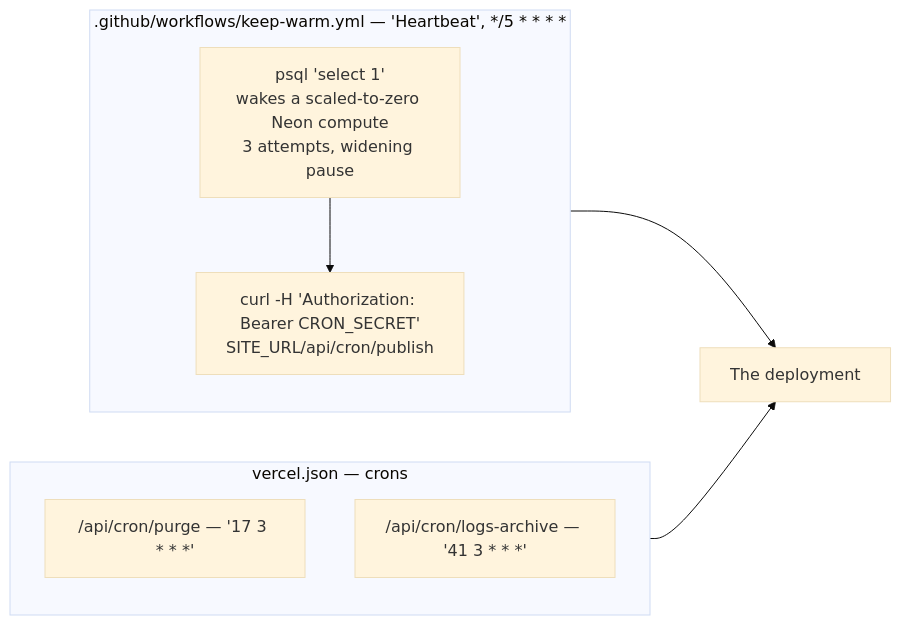
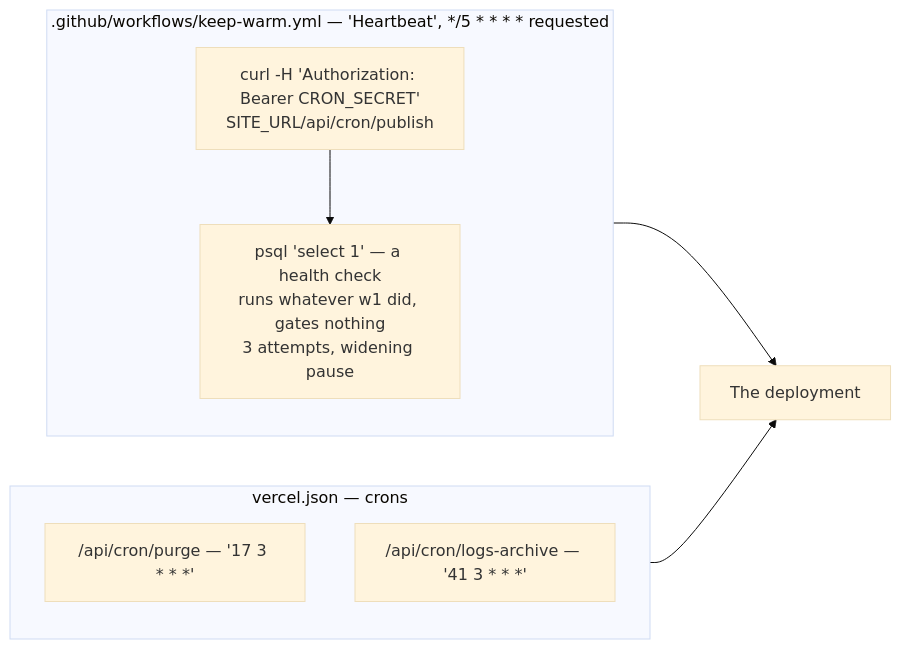
Before and after one commit to cxacraftecosystem-ui/cxa-cms: the tenth of 16 diagrams in docs/ARCHITECTURE.md, drawn with Mermaid (base theme). The commit also changed other lines of this file and 12 other files, not shown here.

First line of the commit message:
Serve functions from Mumbai, give previews their own origin, and fail the heartbeat when it cannot publish

````diff
--- a/docs/ARCHITECTURE.md
+++ b/docs/ARCHITECTURE.md
@@ -428,14 +428,14 @@
 ```mermaid
 flowchart LR
-    subgraph gh[".github/workflows/keep-warm.yml — 'Heartbeat', */5 * * * *"]
-        w1["psql 'select 1'<br/>wakes a scaled-to-zero Neon compute<br/>3 attempts, widening pause"]
-        w2["curl -H 'Authorization: Bearer CRON_SECRET'<br/>SITE_URL/api/cron/publish"]
+    subgraph gh[".github/workflows/keep-warm.yml — 'Heartbeat', */5 * * * * requested"]
+        w1["curl -H 'Authorization: Bearer CRON_SECRET'<br/>SITE_URL/api/cron/publish"]
+        w2["psql 'select 1' — a health check<br/>runs whatever w1 did, gates nothing<br/>3 attempts, widening pause"]
         w1 --> w2
     end
     subgraph vj["vercel.json — crons"]
         v1["/api/cron/purge — '17 3 * * *'"]
         v2["/api/cron/logs-archive — '41 3 * * *'"]
     end
     gh --> app["The deployment"]
     vj --> app
 ```
````
